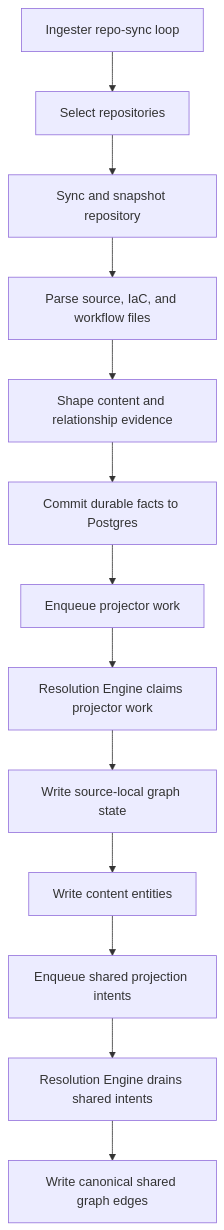
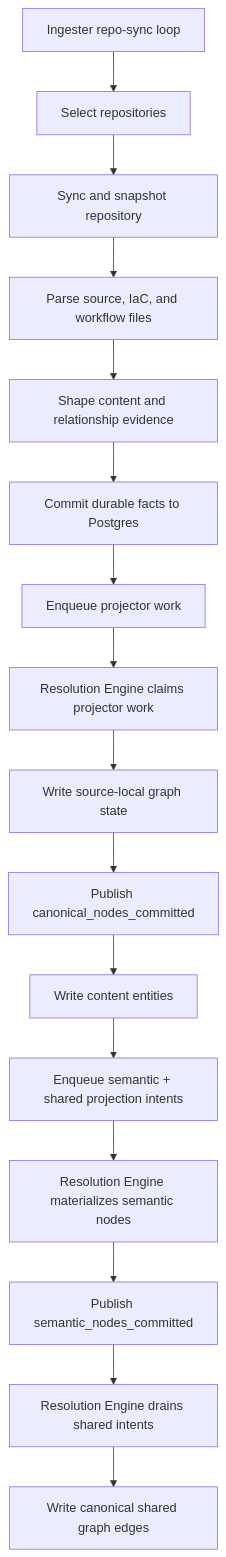
One commit to platformcontext/platform-context-graph changed the first of 6 diagrams in docs/docs/reference/service-workflows.md. Above: the diagram before and after it, drawn with Mermaid. The commit also changed other lines of this file and 5 other files, not shown here.

````diff
--- a/docs/docs/reference/service-workflows.md
+++ b/docs/docs/reference/service-workflows.md
@@ -23,15 +23,18 @@
 ```mermaid
 flowchart TD
   A["Ingester repo-sync loop"] --> B["Select repositories"]
   B --> C["Sync and snapshot repository"]
   C --> D["Parse source, IaC, and workflow files"]
   D --> E["Shape content and relationship evidence"]
   E --> F["Commit durable facts to Postgres"]
   F --> G["Enqueue projector work"]
   G --> H["Resolution Engine claims projector work"]
   H --> I["Write source-local graph state"]
-  I --> J["Write content entities"]
-  J --> K["Enqueue shared projection intents"]
-  K --> L["Resolution Engine drains shared intents"]
-  L --> M["Write canonical shared graph edges"]
+  I --> J["Publish canonical_nodes_committed"]
+  J --> K["Write content entities"]
+  K --> L["Enqueue semantic + shared projection intents"]
+  L --> M["Resolution Engine materializes semantic nodes"]
+  M --> N["Publish semantic_nodes_committed"]
+  N --> O["Resolution Engine drains shared intents"]
+  O --> P["Write canonical shared graph edges"]
 ```
````
